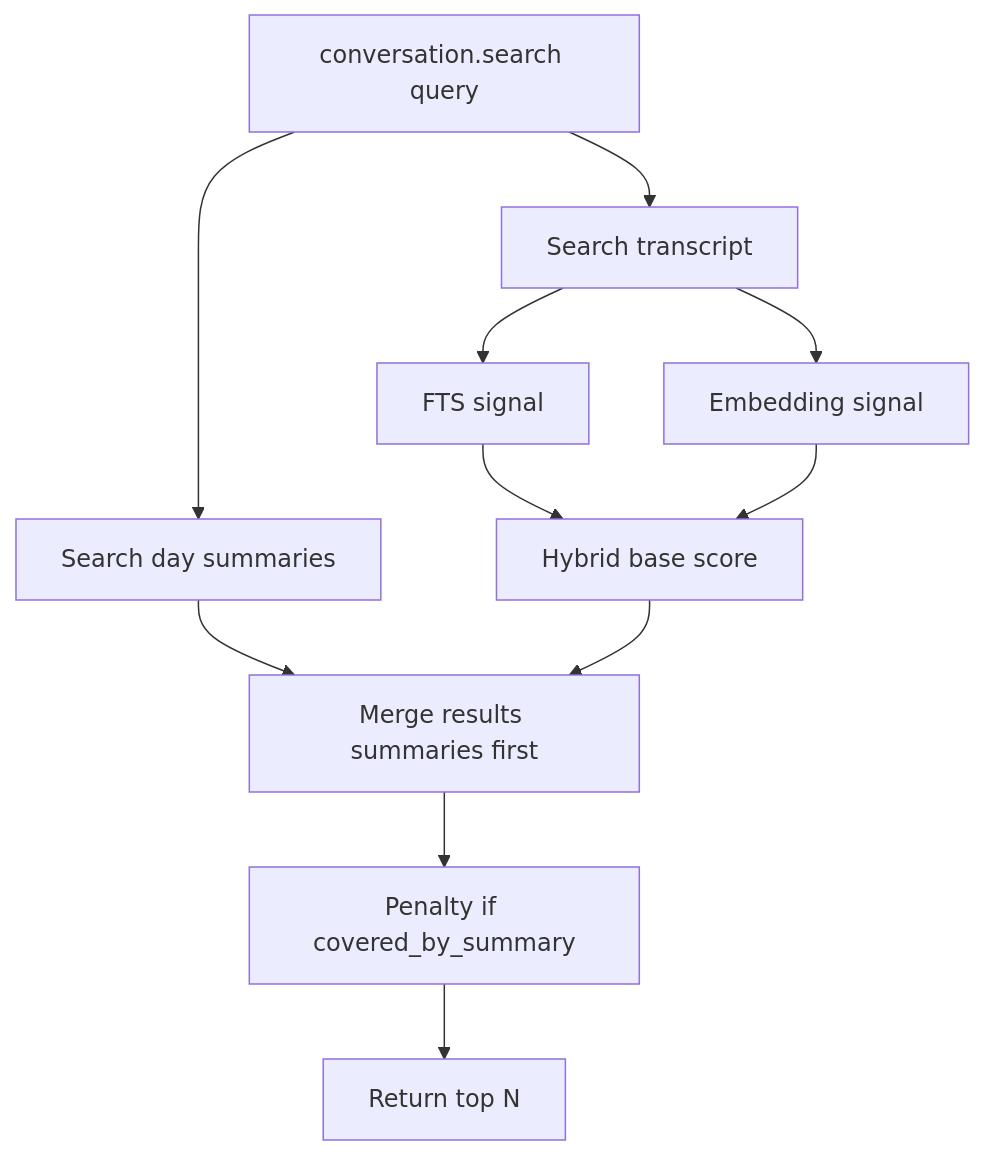
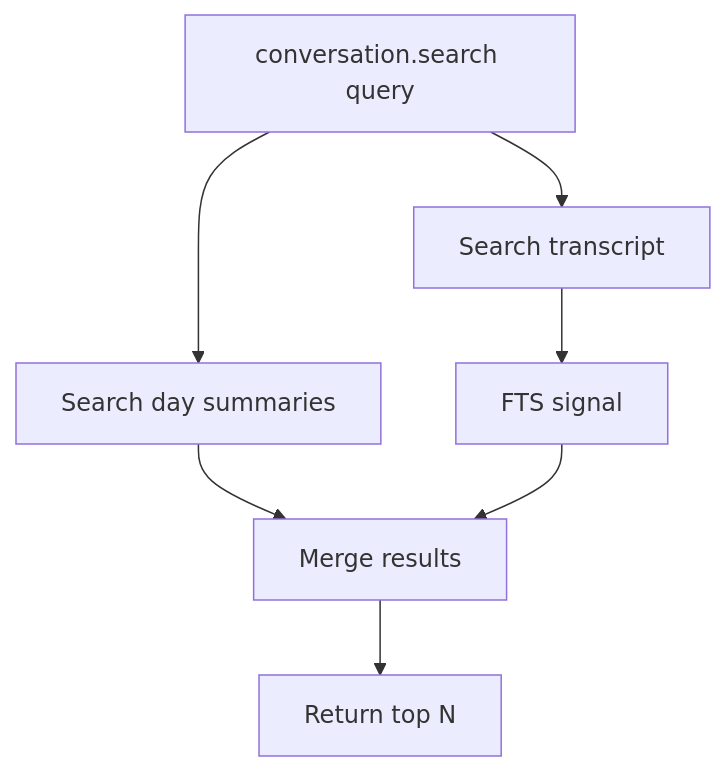
The second of 5 diagrams in plans/continuous_discussion.md (AMairesse/Nova), drawn with Mermaid before and after one commit. The commit also changed other lines of this file and 46 other files, not shown here.

````diff
--- a/plans/continuous_discussion.md
+++ b/plans/continuous_discussion.md
@@ -381,13 +651,9 @@
 ```mermaid
 flowchart TD
   A[conversation.search query] --> B[Search day summaries]
   A --> C[Search transcript]
   C --> D[FTS signal]
-  C --> E[Embedding signal]
-  D --> F[Hybrid base score]
-  E --> F
-  B --> G[Merge results summaries first]
-  F --> G
-  G --> H[Penalty if covered_by_summary]
-  H --> I[Return top N]
+  B --> F[Merge results]
+  D --> F
+  F --> I[Return top N]
 ```
````
